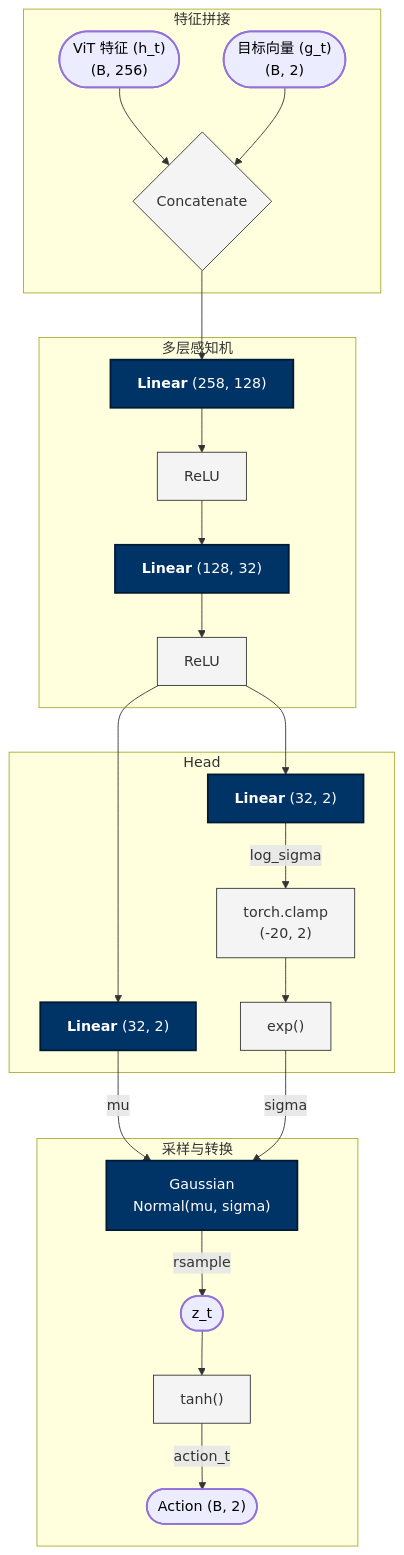
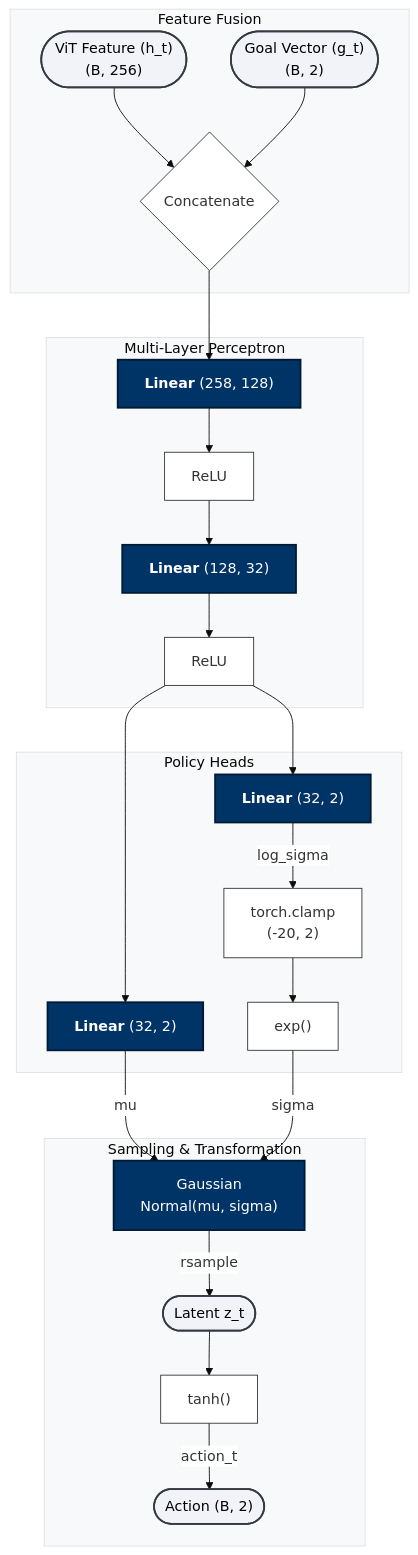
Before and after one commit to jxxxuan/FYP: the second of 4 diagrams in FYP2_Project/mermaid/mermaid.md, drawn with Mermaid. The commit also changed other lines of this file and 2 other files, not shown here.

````diff
--- a/FYP2_Project/mermaid/mermaid.md
+++ b/FYP2_Project/mermaid/mermaid.md
@@ -56,57 +56,58 @@
 ```mermaid
+%%{init: {'theme': 'base', 'themeVariables': { 'primaryColor': '#ffffff', 'edgeLabelBackground':'#ffffff', 'tertiaryColor': '#f8f9fa' }}}%%
 graph TD
-    %% 定义样式
-    classDef data fill:#ececff,stroke:#9370db,stroke-width:2px,color:#000;
+    %% Style Definitions (Professional Academic Palette)
+    classDef data fill:#f1f3f9,stroke:#343a40,stroke-width:2px,color:#000;
     classDef layer fill:#003366,stroke:#001a33,stroke-width:2px,color:#fff;
-    classDef proc fill:#f4f4f4,stroke:#333,stroke-width:1px,color:#333;
+    classDef proc fill:#ffffff,stroke:#333,stroke-width:1px,color:#333;
 
-    %% 输入特征
-    subgraph Actor_Inputs ["特征拼接"]
-        H(["ViT 特征 (h_t)<br/>(B, 256)"]):::data
-        G(["目标向量 (g_t)<br/>(B, 2)"]):::data
+    %% Input Features
+    subgraph Actor_Inputs ["Feature Fusion"]
+        H(["ViT Feature (h_t)<br/>(B, 256)"]):::data
+        G(["Goal Vector (g_t)<br/>(B, 2)"]):::data
         CAT{Concatenate}:::proc
         
         H --> CAT
         G --> CAT
     end
 
-    %% 主干 MLP
-    subgraph Actor_MLP ["多层感知机"]
+    %% Backbone MLP
+    subgraph Actor_MLP ["Multi-Layer Perceptron"]
         FC1["<b>Linear</b> (258, 128)"]:::layer
         RELU1[ReLU]:::proc
         FC2["<b>Linear</b> (128, 32)"]:::layer
         RELU2[ReLU]:::proc
         
         CAT --> FC1
         FC1 --> RELU1
         RELU1 --> FC2
         FC2 --> RELU2
     end
     
-    %% 均值和标准差 Head
-    subgraph Actor_Heads ["Head"]
+    %% Gaussian Policy Heads
+    subgraph Actor_Heads ["Policy Heads"]
         MU_FC["<b>Linear</b> (32, 2)"]:::layer
         SIGMA_FC["<b>Linear</b> (32, 2)"]:::layer
         CLAMP["torch.clamp<br/>(-20, 2)"]:::proc
         EXP["exp()"]:::proc
 
         RELU2 --> MU_FC
         RELU2 --> SIGMA_FC
         SIGMA_FC -->|log_sigma| CLAMP
         CLAMP --> EXP
     end
 
-    %% 最终输出
-    subgraph Sampling ["采样与转换"]
+    %% Final Output & Sampling
+    subgraph Sampling ["Sampling & Transformation"]
         DIST["Gaussian<br/>Normal(mu, sigma)"]:::layer
-        Z(["z_t"]):::data
+        Z(["Latent z_t"]):::data
         TANH["tanh()"]:::proc
         ACTION(["Action (B, 2)"]):::data
 
         MU_FC -->|mu| DIST
         EXP -->|sigma| DIST
         DIST -->|rsample| Z
         Z --> TANH
         TANH -->|action_t| ACTION
     end
 ```
````
